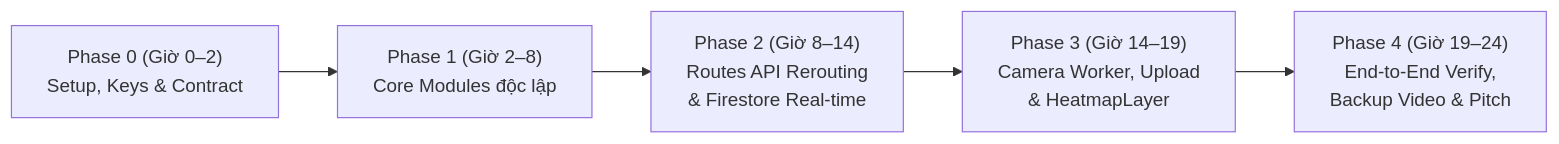
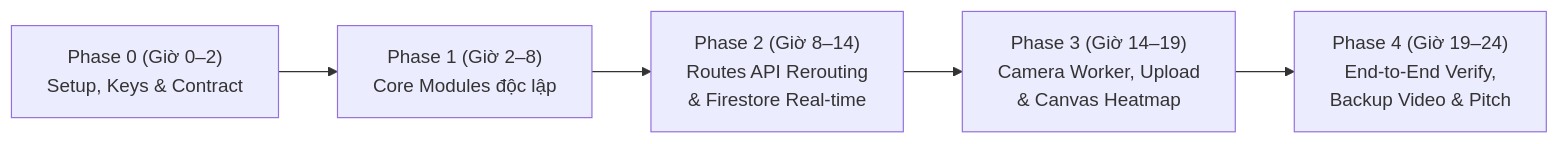
Before and after one commit to Gold2k2k2k/flood-safe-routing: the diagram in docs/implementation-plan.md, drawn with Mermaid. The commit also changed other lines of this file and 31 other files, not shown here.

````diff
--- a/docs/implementation-plan.md
+++ b/docs/implementation-plan.md
@@ -50,7 +50,7 @@
 ```mermaid
 flowchart LR
     P0["Phase 0 (Giờ 0–2)\nSetup, Keys & Contract"] --> P1["Phase 1 (Giờ 2–8)\nCore Modules độc lập"]
     P1 --> P2["Phase 2 (Giờ 8–14)\nRoutes API Rerouting\n& Firestore Real-time"]
-    P2 --> P3["Phase 3 (Giờ 14–19)\nCamera Worker, Upload\n& HeatmapLayer"]
+    P2 --> P3["Phase 3 (Giờ 14–19)\nCamera Worker, Upload\n& Canvas Heatmap"]
     P3 --> P4["Phase 4 (Giờ 19–24)\nEnd-to-End Verify,\nBackup Video & Pitch"]
 ```
````
